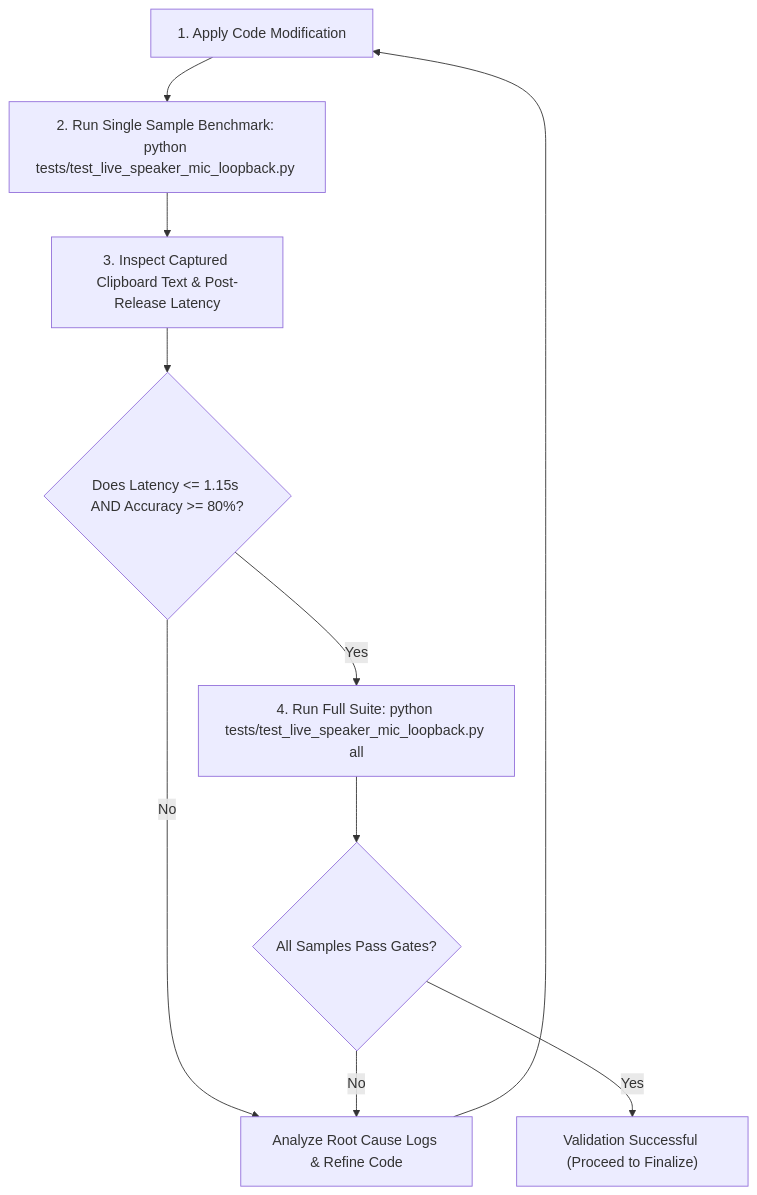
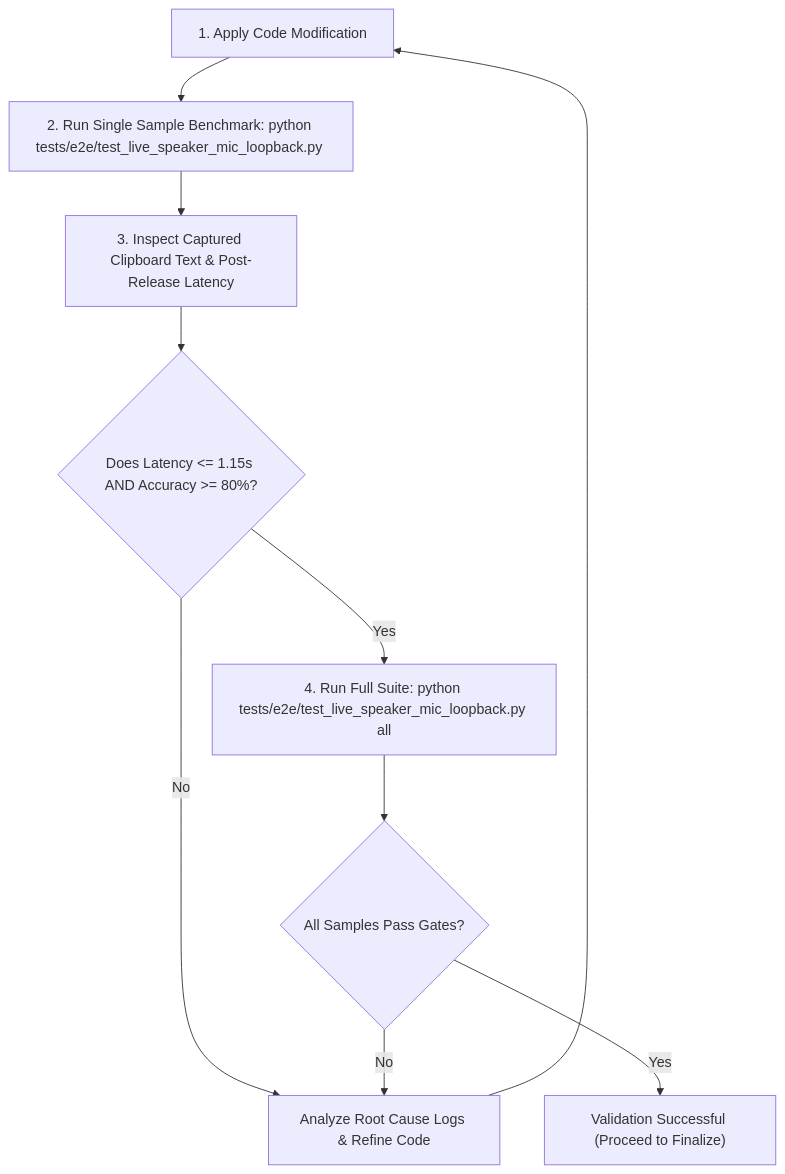
One commit to jjamesmartiin/voice-transcriber changed the diagram in docs/agent_testing_workflow.md. Above: the diagram before and after it, drawn with Mermaid. The commit also changed other lines of this file and 10 other files, not shown here.

````diff
--- a/docs/agent_testing_workflow.md
+++ b/docs/agent_testing_workflow.md
@@ -41,12 +41,12 @@
 ```mermaid
 flowchart TD
-    A["1. Apply Code Modification"] --> B["2. Run Single Sample Benchmark: python tests/test_live_speaker_mic_loopback.py <sample_id>"]
+    A["1. Apply Code Modification"] --> B["2. Run Single Sample Benchmark: python tests/e2e/test_live_speaker_mic_loopback.py <sample_id>"]
     B --> C["3. Inspect Captured Clipboard Text & Post-Release Latency"]
     C --> D{"Does Latency <= 1.15s AND Accuracy >= 80%?"}
     D -- No --> E["Analyze Root Cause Logs & Refine Code"]
     E --> A
-    D -- Yes --> F["4. Run Full Suite: python tests/test_live_speaker_mic_loopback.py all"]
+    D -- Yes --> F["4. Run Full Suite: python tests/e2e/test_live_speaker_mic_loopback.py all"]
     F --> G{"All Samples Pass Gates?"}
     G -- Yes --> H["Validation Successful (Proceed to Finalize)"]
     G -- No --> E
 ```
````
